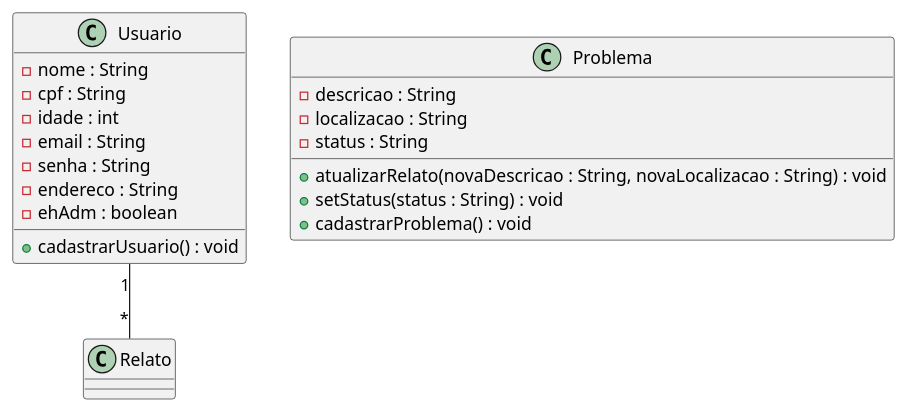
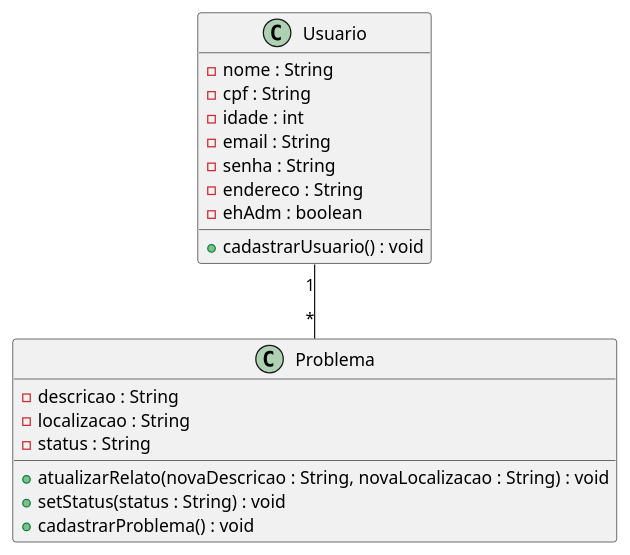
One commit to RenataArdito/Alerta-ADS changed the diagram in ClassDiagram.md. Above: the diagram before and after it, drawn with PlantUML.

````diff
--- a/ClassDiagram.md
+++ b/ClassDiagram.md
@@ -1,27 +1,27 @@
 ```plantuml
 @startuml
 
 class Usuario {
    - nome : String
    - cpf : String
    - idade : int
    - email : String
    - senha : String
    - endereco : String
    - ehAdm : boolean
    + cadastrarUsuario() : void
 }
 
 class Problema {
    - descricao : String
    - localizacao : String
    - status : String
    + atualizarRelato(novaDescricao : String, novaLocalizacao : String) : void
    + setStatus(status : String) : void
    + cadastrarProblema() : void
 }
 
-Usuario "1" -- "*" Relato
+Usuario "1" -- "*" Problema
 
 @enduml
 ```
````
